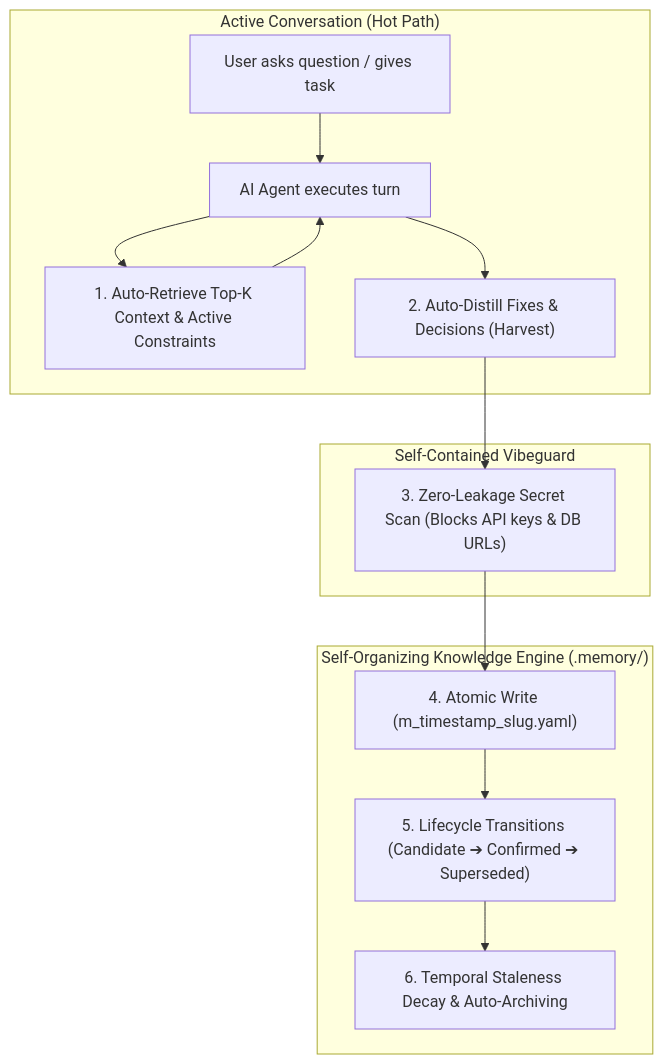
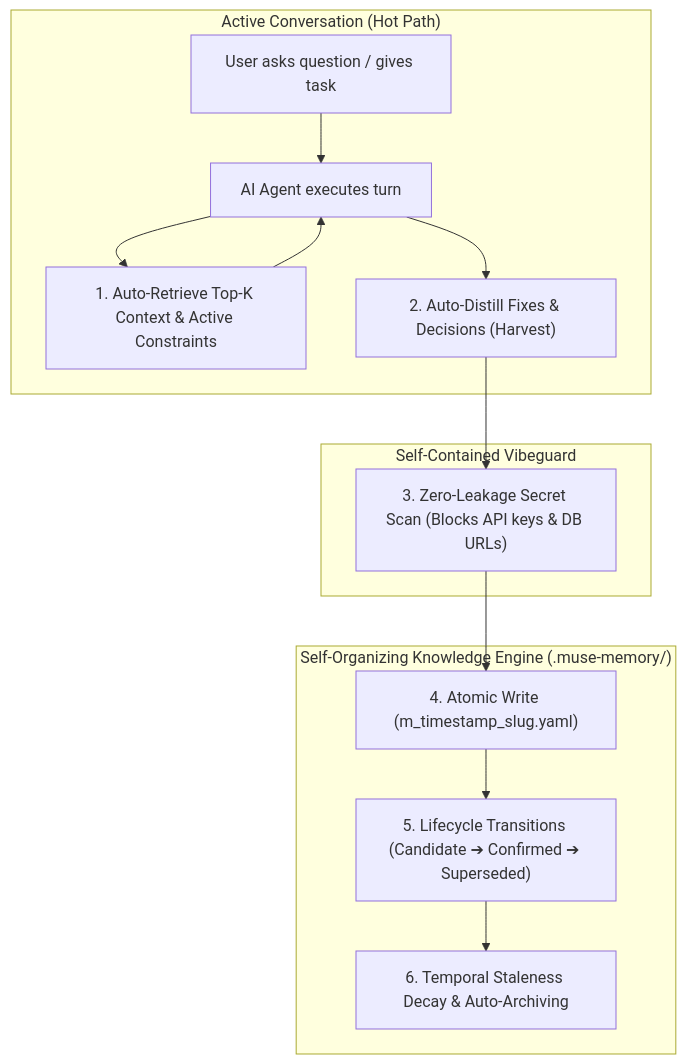
Before and after one commit to harshsinghmp/musememory: the diagram in README.md, drawn with Mermaid. The commit also changed other lines of this file and 5 other files, not shown here.

First line of the commit message:
fix(naming): standardize memory directory strictly as .muse-memory

````diff
--- a/README.md
+++ b/README.md
@@ -80,28 +80,28 @@
 ```mermaid
 flowchart TD
     subgraph HotPath["Active Conversation (Hot Path)"]
         User["User asks question / gives task"]
         Agent["AI Agent executes turn"]
         Recall["1. Auto-Retrieve Top-K Context & Active Constraints"]
         Distill["2. Auto-Distill Fixes & Decisions (Harvest)"]
     end
 
     subgraph DefenseGate["Self-Contained Vibeguard"]
         Scan["3. Zero-Leakage Secret Scan (Blocks API keys & DB URLs)"]
     end
 
-    subgraph StoreLifecycle["Self-Organizing Knowledge Engine (.memory/)"]
+    subgraph StoreLifecycle["Self-Organizing Knowledge Engine (.muse-memory/)"]
         Atomic["4. Atomic Write (m_timestamp_slug.yaml)"]
         Lifecycle["5. Lifecycle Transitions (Candidate ➔ Confirmed ➔ Superseded)"]
         Decay["6. Temporal Staleness Decay & Auto-Archiving"]
     end
 
     User --> Agent
     Agent --> Recall
     Recall --> Agent
     Agent --> Distill
     Distill --> Scan
     Scan --> Atomic
     Atomic --> Lifecycle
     Lifecycle --> Decay
 ```
````
